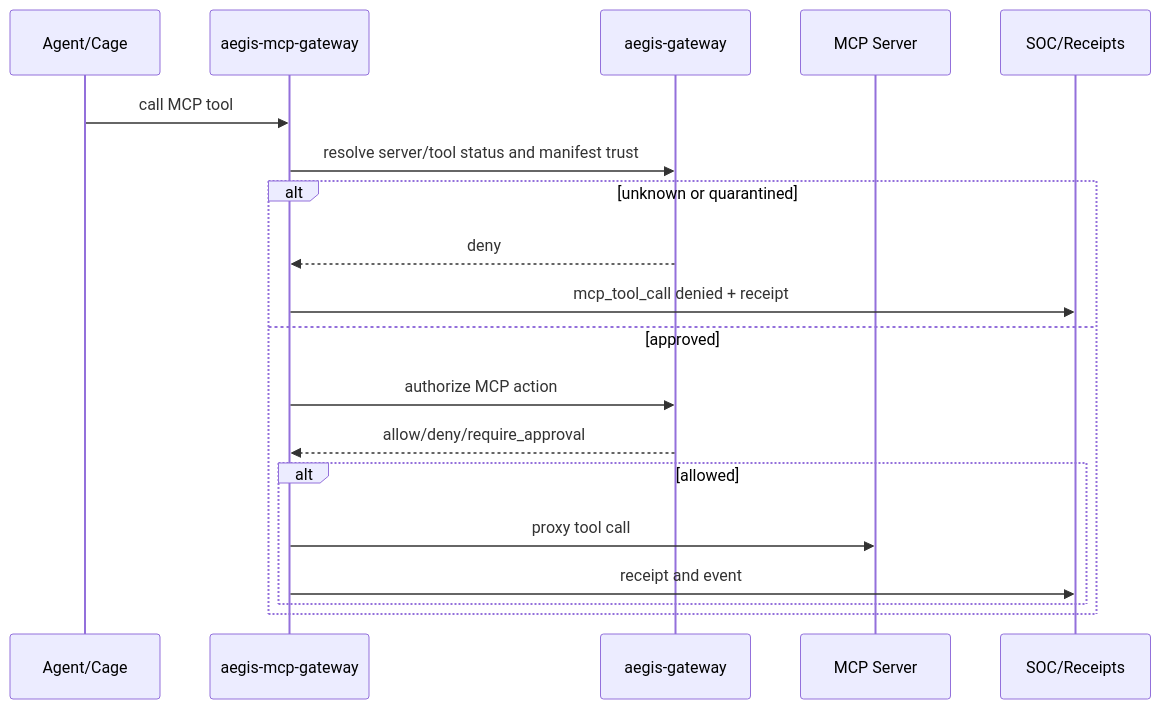
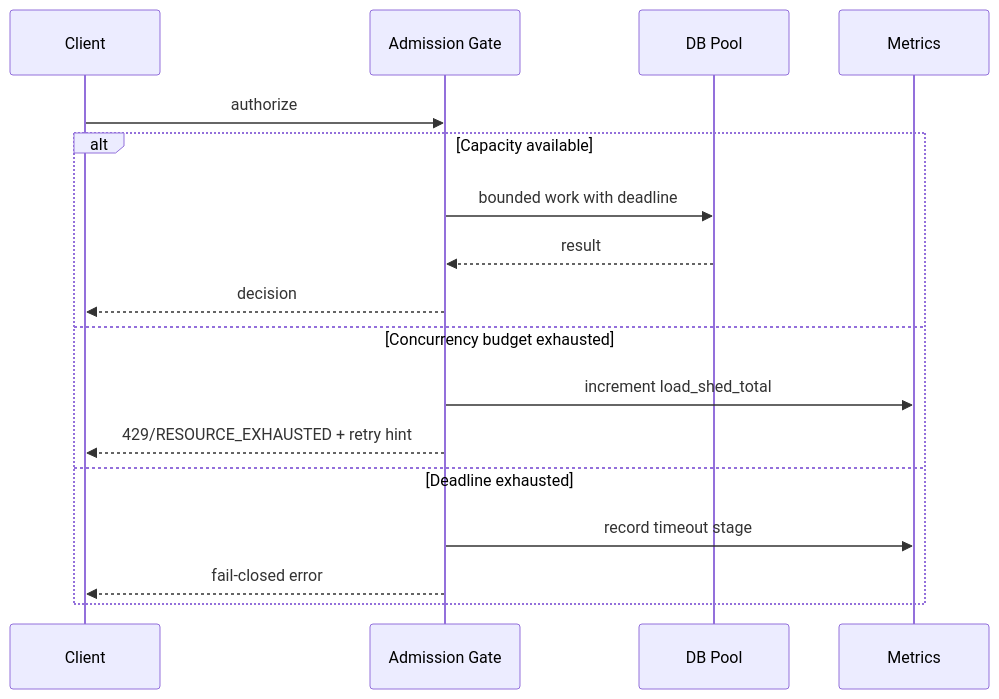
Before and after one commit to lavkushry/AegisAgent: the fourth of 7 diagrams in docs/AegisAgent_World_Class_HLD.md, drawn with Mermaid. The commit also changed other lines of this file and 18 other files, not shown here.

First line of the commit message:
Enhance documentation and architecture clarity

````diff
--- a/docs/AegisAgent_World_Class_HLD.md
+++ b/docs/AegisAgent_World_Class_HLD.md
@@ -443,22 +269,19 @@
 ```mermaid
 sequenceDiagram
-    participant Agent as Agent/Cage
-    participant MCPGW as aegis-mcp-gateway
-    participant GW as aegis-gateway
-    participant MCP as MCP Server
-    participant SOC as SOC/Receipts
-
-    Agent->>MCPGW: call MCP tool
-    MCPGW->>GW: resolve server/tool status and manifest trust
-    alt unknown or quarantined
-        GW-->>MCPGW: deny
-        MCPGW->>SOC: mcp_tool_call denied + receipt
-    else approved
-        MCPGW->>GW: authorize MCP action
-        GW-->>MCPGW: allow/deny/require_approval
-        alt allowed
-            MCPGW->>MCP: proxy tool call
-            MCPGW->>SOC: receipt and event
-        end
+    participant C as Client
+    participant A as Admission Gate
+    participant DB as DB Pool
+    participant M as Metrics
+    C->>A: authorize
+    alt Capacity available
+        A->>DB: bounded work with deadline
+        DB-->>A: result
+        A-->>C: decision
+    else Concurrency budget exhausted
+        A->>M: increment load_shed_total
+        A-->>C: 429/RESOURCE_EXHAUSTED + retry hint
+    else Deadline exhausted
+        A->>M: record timeout stage
+        A-->>C: fail-closed error
     end
 ```
````
